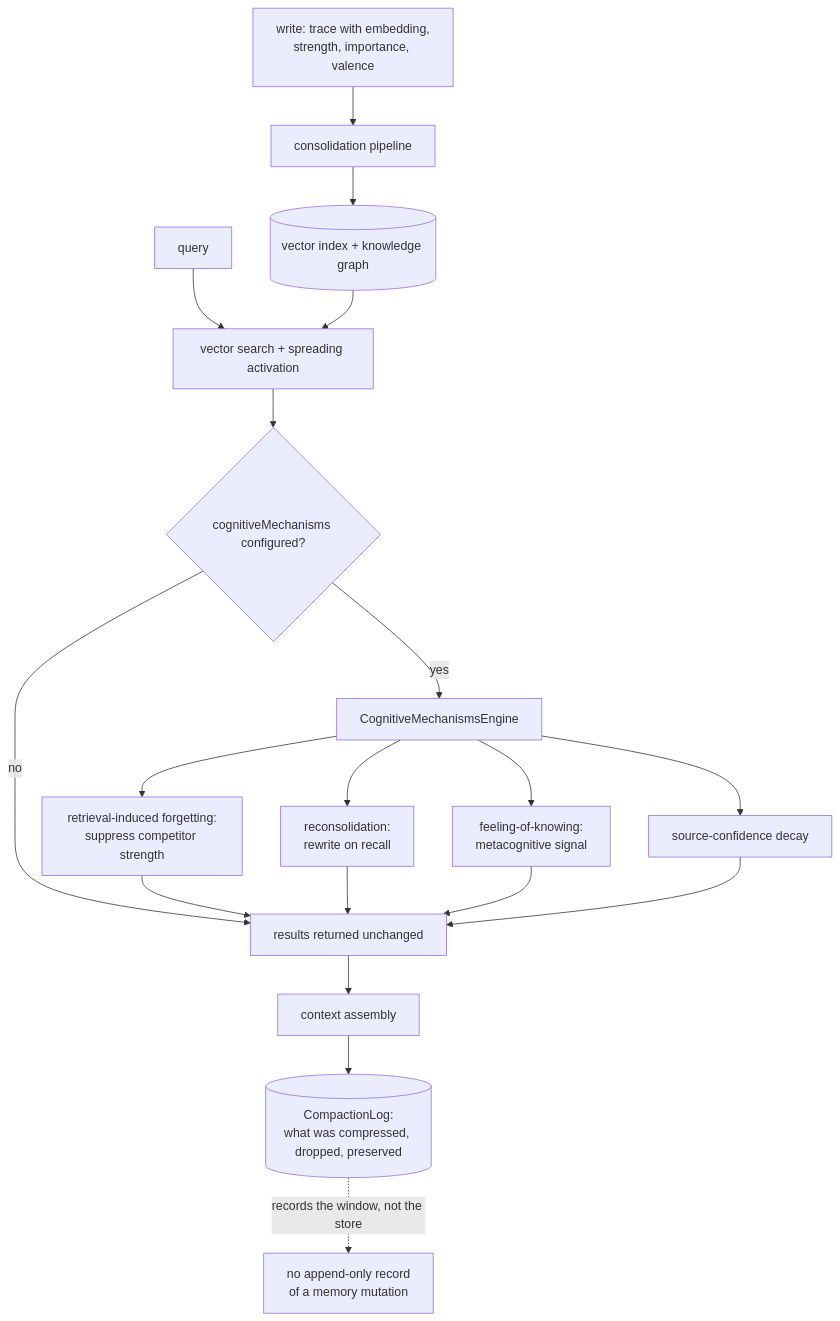
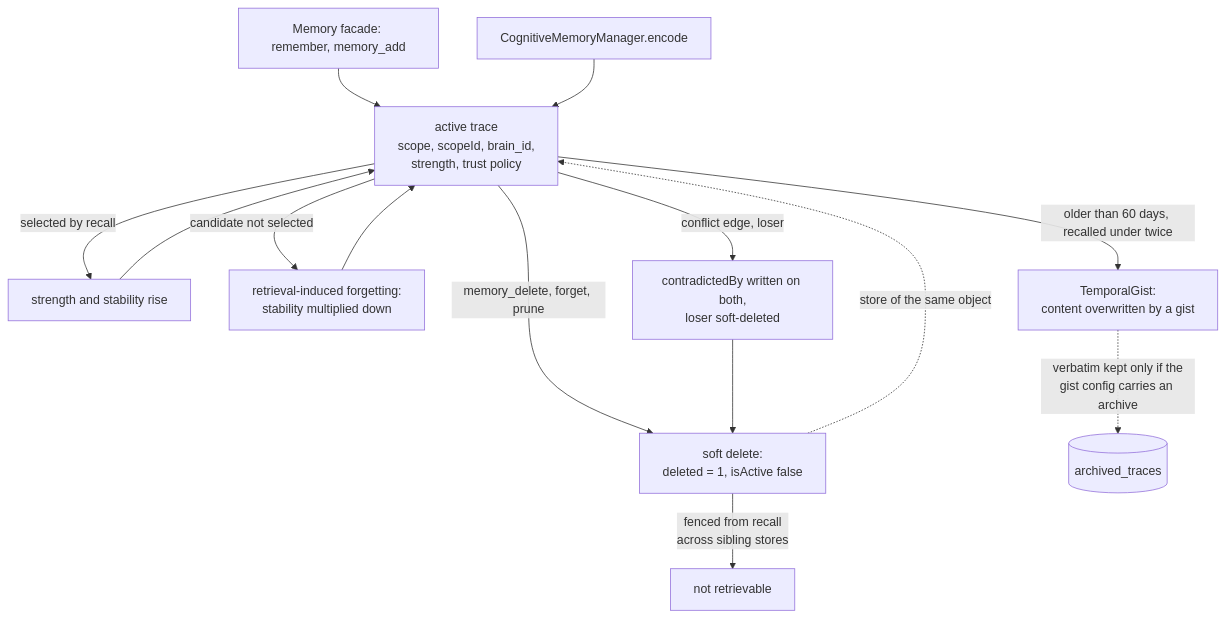
The diagram in content/systems/agentos-framerslab.md (neoneye/agent-memory-atlas), drawn with Mermaid before and after one commit. The commit also changed other lines of this file and 20 other files, not shown here.

````diff
--- a/content/systems/agentos-framerslab.md
+++ b/content/systems/agentos-framerslab.md
@@ -74,22 +85,17 @@
 ```mermaid
-%% caption: every correction mechanism here adjusts a strength or a confidence, so a wrong memory becomes less retrievable rather than being recorded as wrong
+%% caption: a trace leaves recall only by a soft delete keyed on its id; every other correction lowers a weight or rewrites the text, and none records the rejected value
 flowchart TB
-    W["write: trace with embedding,<br/>strength, importance, valence"] --> CONS["consolidation pipeline"]
-    CONS --> STORE[("vector index + knowledge graph")]
-    Q["query"] --> RET["vector search + spreading activation"]
-    STORE --> RET
-    RET --> MECH{"cognitiveMechanisms configured?"}
-    MECH -->|no| OUT["results returned unchanged"]
-    MECH -->|yes| ENG["CognitiveMechanismsEngine"]
-    ENG --> RIF["retrieval-induced forgetting:<br/>suppress competitor strength"]
-    ENG --> REC["reconsolidation:<br/>rewrite on recall"]
-    ENG --> FOK["feeling-of-knowing:<br/>metacognitive signal"]
-    ENG --> SCD["source-confidence decay"]
-    RIF --> OUT
-    REC --> OUT
-    FOK --> OUT
-    SCD --> OUT
-    OUT --> CTX["context assembly"]
-    CTX --> CL[("CompactionLog:<br/>what was compressed, dropped, preserved")]
-    CL -.->|"records the window, not the store"| NOTE["no append-only record<br/>of a memory mutation"]
+    W1["Memory facade: remember, memory_add"] --> A["active trace<br/>scope, scopeId, brain_id,<br/>strength, trust policy"]
+    W2["CognitiveMemoryManager.encode"] --> A
+    A -->|"selected by recall"| S["strength and stability rise"]
+    A -->|"candidate not selected"| RIF["retrieval-induced forgetting:<br/>stability multiplied down"]
+    A -->|"older than 60 days, recalled under twice"| G["TemporalGist:<br/>content overwritten by a gist"]
+    A -->|"conflict edge, loser"| C["contradictedBy written on both,<br/>loser soft-deleted"]
+    A -->|"memory_delete, forget, prune"| D["soft delete:<br/>deleted = 1, isActive false"]
+    C --> D
+    D -->|"fenced from recall<br/>across sibling stores"| X["not retrievable"]
+    D -.->|"store of the same object"| A
+    G -.->|"verbatim kept only if the<br/>gist config carries an archive"| AR[("archived_traces")]
+    S --> A
+    RIF --> A
 ```
````
